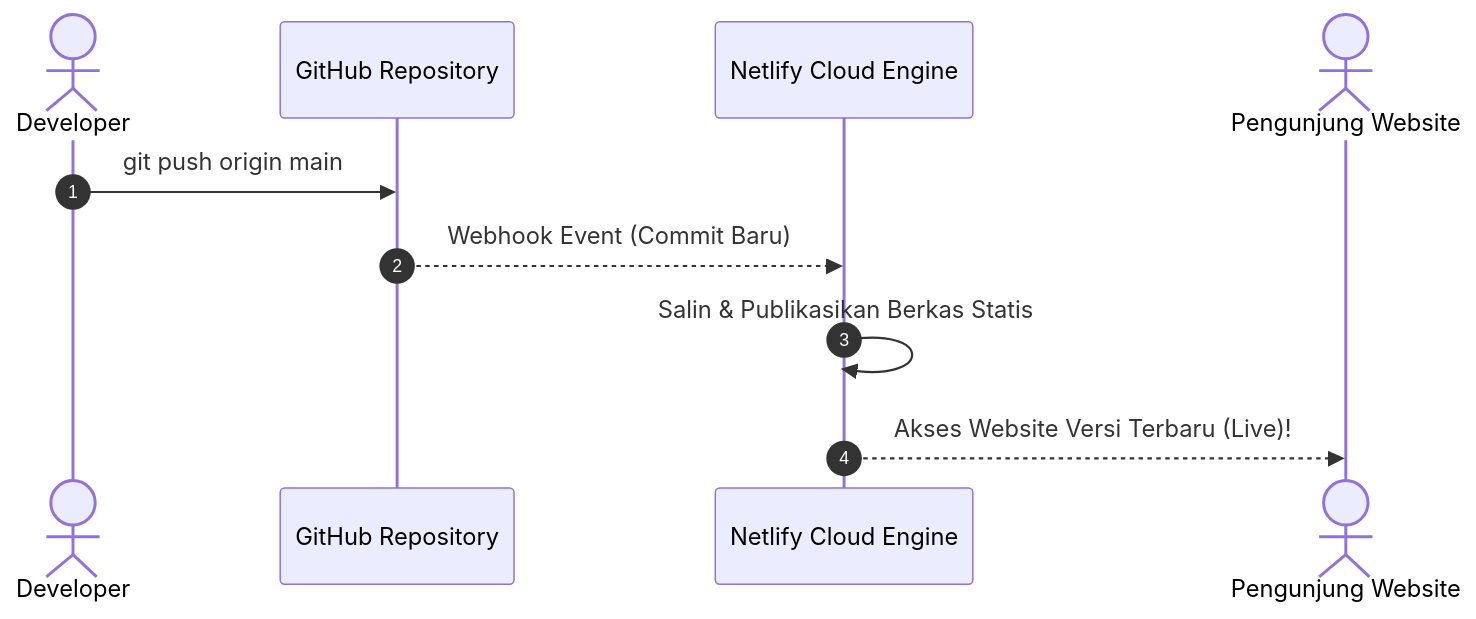
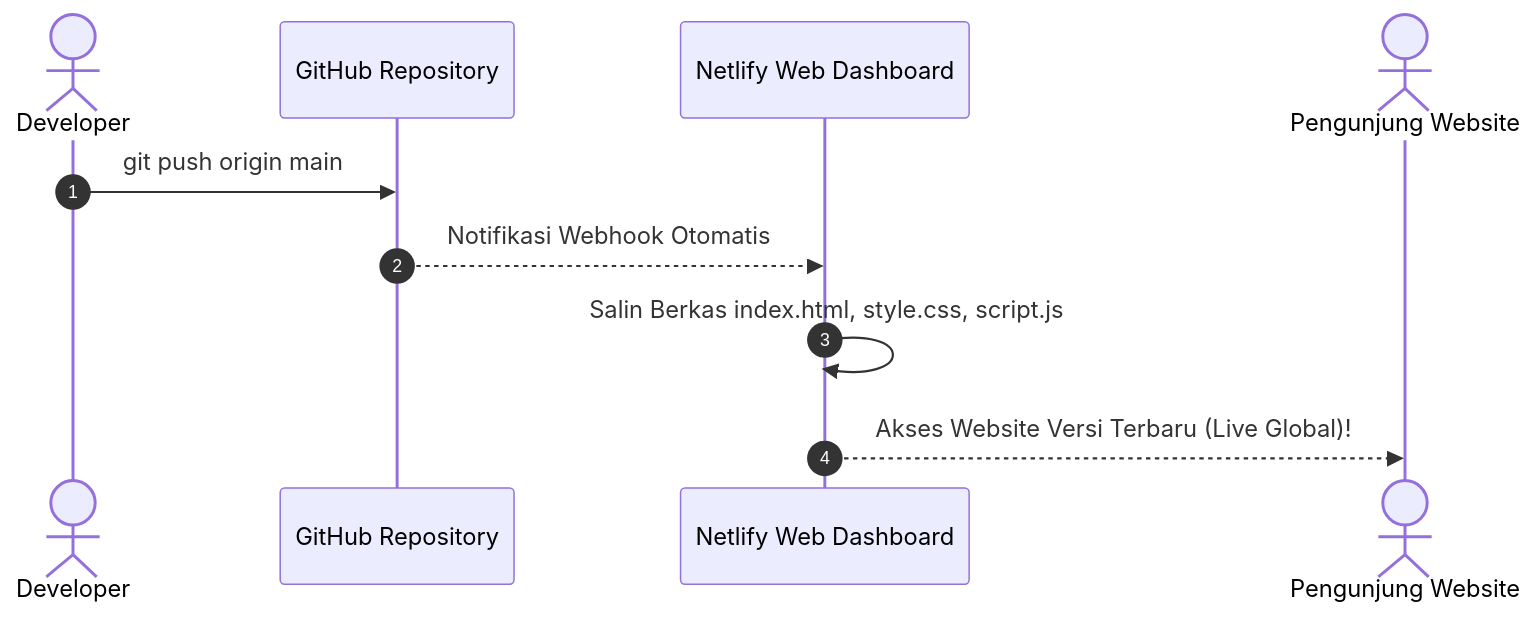
Before and after one commit to withered-flowers/materials-ise-2026: the diagram in deployment-slides/pages/03-deploy-frontend-statis.md, drawn with Mermaid. The commit also changed other lines of this file and 11 other files, not shown here.

Commit message:
feat: add traditional vs modern deployment, netlify dashboard flow, and lighthouse audit scores

````diff
--- a/deployment-slides/pages/03-deploy-frontend-statis.md
+++ b/deployment-slides/pages/03-deploy-frontend-statis.md
@@ -127,13 +100,13 @@
 ```mermaid {scale: 0.55}
 sequenceDiagram
     autonumber
     actor Dev as Developer
-    participant Git as GitHub Repository
-    participant Netlify as Netlify Cloud Engine
+    participant GH as GitHub Repository
+    participant Netlify as Netlify Web Dashboard
     actor User as Pengunjung Website
 
-    Dev->>Git: git push origin main
-    Git-->>Netlify: Webhook Event (Commit Baru)
-    Netlify->>Netlify: Salin & Publikasikan Berkas Statis
-    Netlify-->>User: Akses Website Versi Terbaru (Live)!
+    Dev->>GH: git push origin main
+    GH-->>Netlify: Notifikasi Webhook Otomatis
+    Netlify->>Netlify: Salin Berkas index.html, style.css, script.js
+    Netlify-->>User: Akses Website Versi Terbaru (Live Global)!
 ```
````
